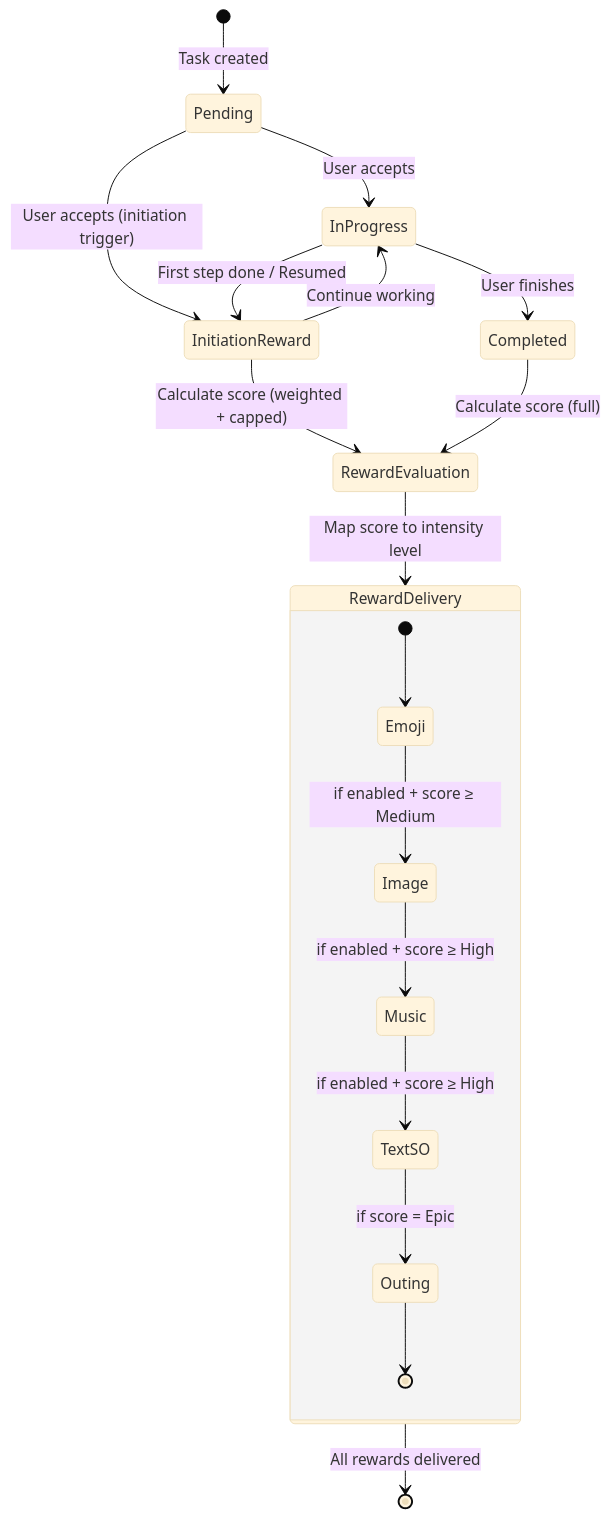
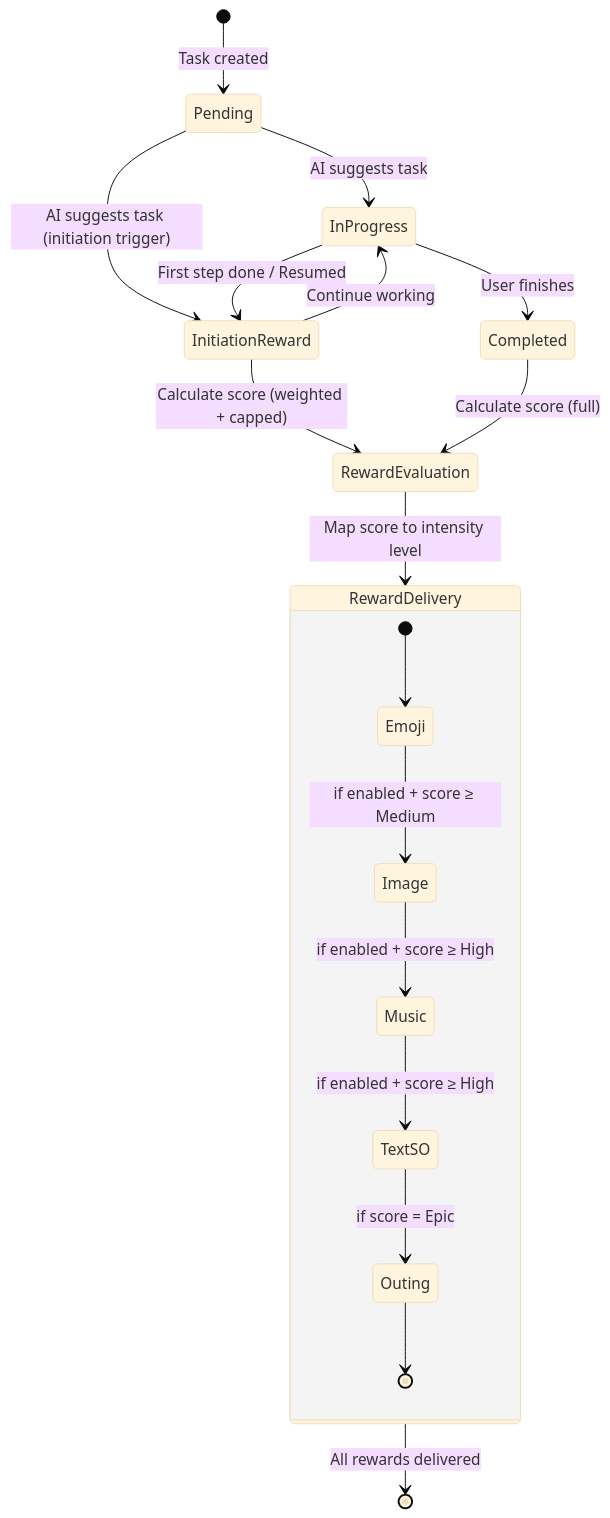
Before and after one commit to NickBorgersProbably/hide-my-list: diagram 17 of 17 in docs/reward-system.md, drawn with Mermaid (base theme). The commit also changed other lines of this file and 16 other files, not shown here.

````diff
--- a/docs/reward-system.md
+++ b/docs/reward-system.md
@@ -1022,27 +1022,27 @@
 ```mermaid
 stateDiagram-v2
     [*] --> Pending: Task created
 
-    Pending --> InProgress: User accepts
+    Pending --> InProgress: AI suggests task
     InProgress --> Completed: User finishes
 
-    Pending --> InitiationReward: User accepts (initiation trigger)
+    Pending --> InitiationReward: AI suggests task (initiation trigger)
     InProgress --> InitiationReward: First step done / Resumed
 
     InitiationReward --> RewardEvaluation: Calculate score (weighted + capped)
     Completed --> RewardEvaluation: Calculate score (full)
 
     RewardEvaluation --> RewardDelivery: Map score to intensity level
 
     state RewardDelivery {
         [*] --> Emoji
         Emoji --> Image: if enabled + score ≥ Medium
         Image --> Music: if enabled + score ≥ High
         Music --> TextSO: if enabled + score ≥ High
         TextSO --> Outing: if score = Epic
         Outing --> [*]
     }
 
     InitiationReward --> InProgress: Continue working
     RewardDelivery --> [*]: All rewards delivered
 ```
````
